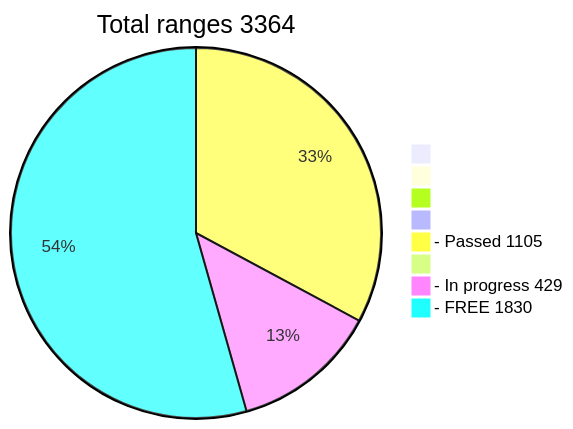
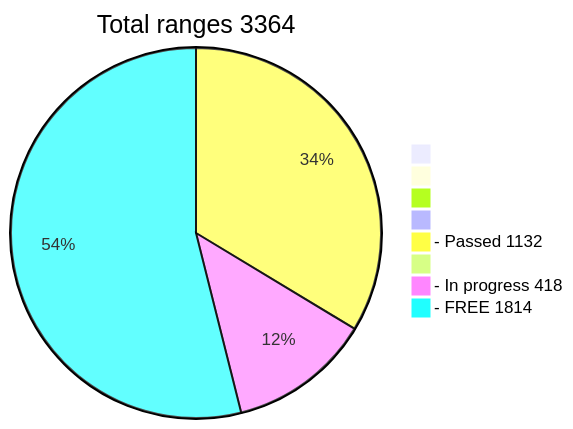
One commit to phrutis/wif500 changed the diagram in README.md. Above: the diagram before and after it, drawn with Mermaid.

````diff
--- a/README.md
+++ b/README.md
@@ -16,12 +16,12 @@
 ```mermaid
 pie title Total ranges 3364
              " " : 0
             "  " : 0
            "   " : 0
           "    " : 0
-  "- Passed 1105" : 1105
+  "- Passed 1132" : 1132
          "     " : 0
-  "- In progress 429" : 429
-   "- FREE 1830" : 1830
+  "- In progress 418" : 418
+   "- FREE 1814" : 1814
    
 ```
````
